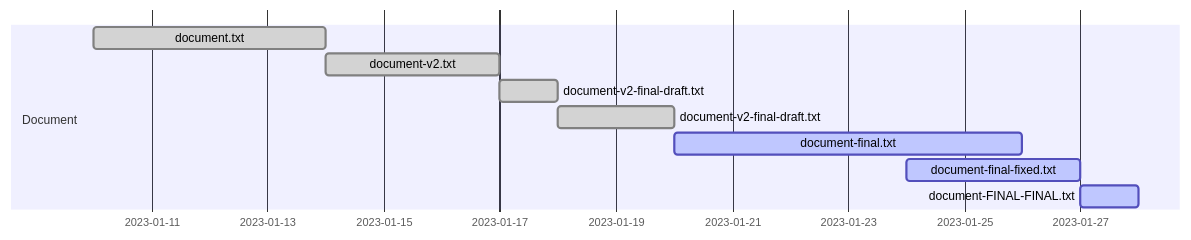
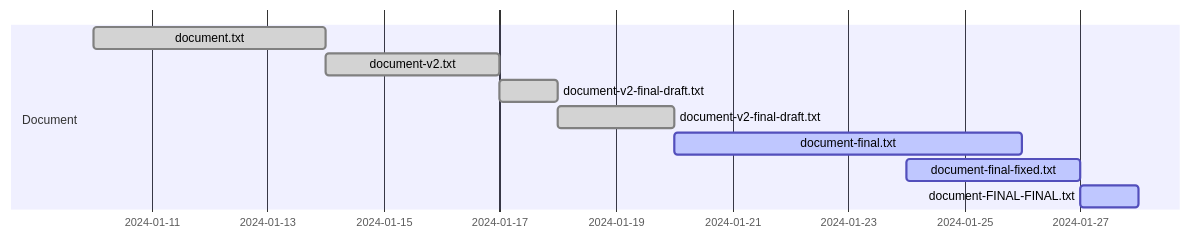
Before and after one commit to nharms-awi/MarMic-Git-Workshop-2024: the diagram in workshop/02_Understanding_Version_Control.md, drawn with Mermaid.

Commit message:
Update document dates in Understanding_Version_Control.md

````diff
--- a/workshop/02_Understanding_Version_Control.md
+++ b/workshop/02_Understanding_Version_Control.md
@@ -33,13 +33,13 @@
 ```mermaid
 gantt
  dateFormat YYYY-MM-DD
  
  section Document
- document.txt : done, doc1, 2023-01-10, 2023-01-14
- document-v2.txt : done, doc2, 2023-01-14, 2023-01-17
- document-v2-final-draft.txt : done, doc3, 2023-01-17, 2023-01-18
- document-v2-final-draft.txt : done, doc4, 2023-01-18, 2023-01-20
- document-final.txt : active, doc5, 2023-01-20, 2023-01-26
- document-final-fixed.txt : active, doc5, 2023-01-24, 2023-01-27
- document-FINAL-FINAL.txt : active, doc5, 2023-01-27, 2023-01-28
+ document.txt : done, doc1, 2024-01-10, 2024-01-14
+ document-v2.txt : done, doc2, 2024-01-14, 2024-01-17
+ document-v2-final-draft.txt : done, doc3, 2024-01-17, 2024-01-18
+ document-v2-final-draft.txt : done, doc4, 2024-01-18, 2024-01-20
+ document-final.txt : active, doc5, 2024-01-20, 2024-01-26
+ document-final-fixed.txt : active, doc5, 2024-01-24, 2024-01-27
+ document-FINAL-FINAL.txt : active, doc5, 2024-01-27, 2024-01-28
 ```
````
